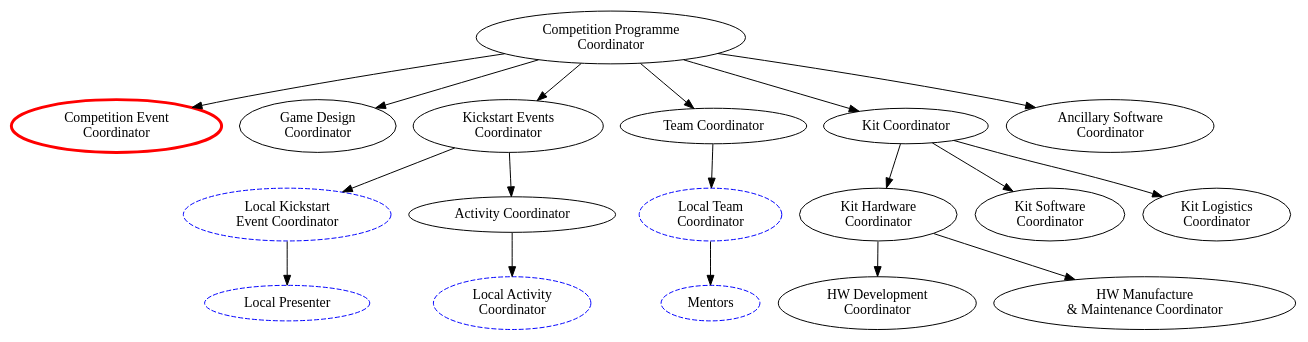
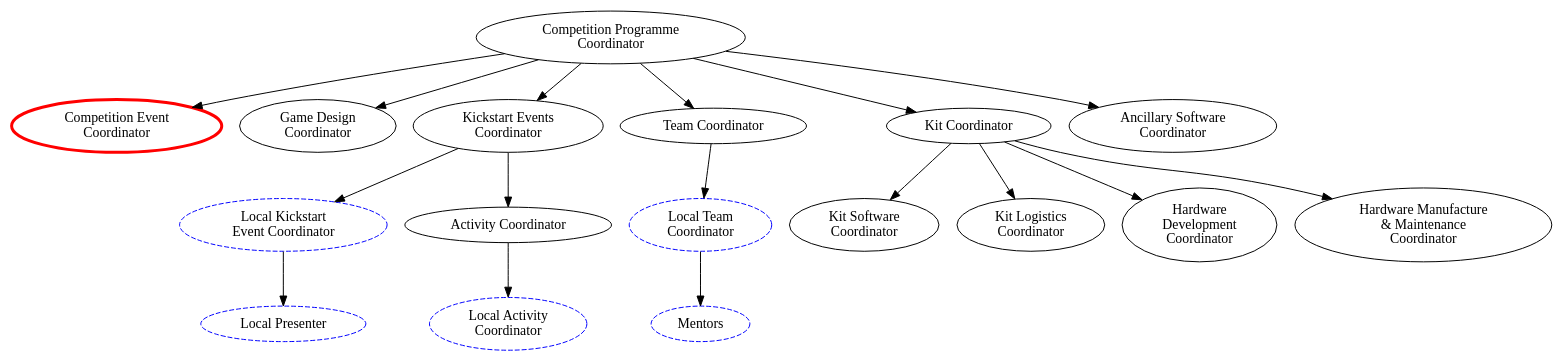
Before and after one commit to Adimote/legacy-ops-manual: the diagram in org-chart/comp-prog.dot, drawn with Graphviz. The commit also changed 1 other file, not shown here.

Commit message:
Remove Kit Hardware Coordinator role
This role was unnecessary.

```diff
--- a/org-chart/comp-prog.dot
+++ b/org-chart/comp-prog.dot
@@ -1,51 +1,49 @@
 digraph {
 	####### Node declarations
 	comp_prog_coord [label="Competition Programme\nCoordinator" email="competition-program@studentrobotics.org"];
 	
 	# Competition Coordinator Subordinates
 	comp_event_coord [label="Competition Event\nCoordinator" color=red penwidth=3 rolesexclude=true]; // Email and tel defined in comp-event.dot
 	game_design_coord [label="Game Design\nCoordinator" email="game-design@studentrobotics.org"];
 	kickstart_event_coord [label="Kickstart Events\nCoordinator" email="kickstart@studentrobotics.org"];
 	team_coord [label="Team Coordinator" email="teams@studentrobotics.org"];
 	kit_coord [label="Kit Coordinator" email="kit@studentrobotics.org"];
 	ancillary_sw_coord [label="Ancillary Software\nCoordinator" email="ancillary-software@studentrobotics.org"];
 	
 	### Fourth Level
 	
 	# Kickstart Event Coordinator Subordinates
 	local_ks_event_coord[label="Local Kickstart\nEvent Coordinator" color=blue style=dashed contactsexclude=true];
 	activity_coord[label="Activity Coordinator" email="activity@studentrobotics.org"]
 
 	local_activity_coord[label="Local Activity\nCoordinator" color=blue style=dashed contactsexclude=true];
 	local_team_coord[label="Local Team\nCoordinator" color=blue style=dashed contactsexclude=true];
 
 	# Kit Coordinator Subordinates
-	kit_hw_coord[label="Kit Hardware\nCoordinator" email="kit-hardware@studentrobotics.org"];
 	kit_sw_coord[label="Kit Software\nCoordinator" email="kit-software@studentrobotics.org"];
 	kit_logistics_coord[label="Kit Logistics\nCoordinator" email="logistics@studentrobotics.org"];
 
 	# Hardware Coordinator Subordinates
-	hw_dev_coord[label="HW Development\nCoordinator" contactsexclude=true];
-	hw_manu_coord[label="HW Manufacture\n& Maintenance Coordinator" contactsexclude=true];
+	hw_dev_coord[label="Hardware\nDevelopment\nCoordinator" email="hardware-dev@studentrobotics.org"];
+	hw_manu_coord[label="Hardware Manufacture\n& Maintenance\nCoordinator" email="hardware-manufacture@studentrobotics.org"];
 	
 	### Fifth Level
 	local_presenter[label="Local Presenter" color=blue style=dashed contactsexclude=true];
 	
 	mentors[label="Mentors" color=blue style=dashed contactsexclude=true];
 	
 	
 	###### Connections between nodes
 	
 	comp_prog_coord -> { comp_event_coord game_design_coord kickstart_event_coord team_coord kit_coord ancillary_sw_coord };
 	
 	kickstart_event_coord -> { local_ks_event_coord activity_coord };
 		
 	activity_coord -> local_activity_coord;
 	local_ks_event_coord -> { local_presenter };
 		
 	team_coord -> local_team_coord;
 	local_team_coord -> mentors;
 		
-	kit_coord -> { kit_hw_coord kit_sw_coord kit_logistics_coord};
-	kit_hw_coord -> { hw_dev_coord hw_manu_coord };
+	kit_coord -> { hw_dev_coord hw_manu_coord kit_sw_coord kit_logistics_coord};
 }
```
